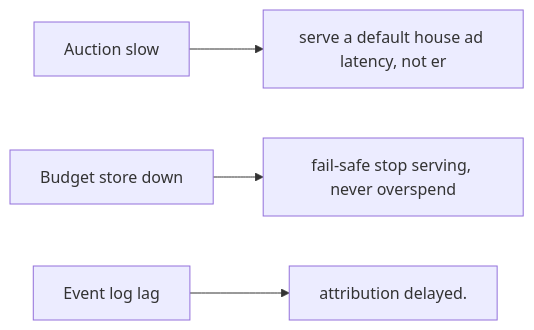
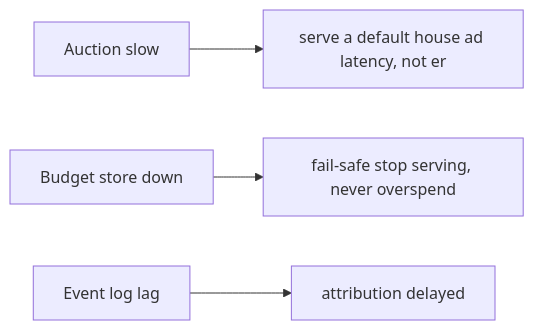
The third of 3 diagrams in case-studies/extreme/advertisement-platform.md (RIT-MESH/system-design-mastery), drawn with Mermaid before and after one commit. The commit also changed other lines of this file and 215 other files, not shown here.

First line of the commit message:
Complete all remaining work: expand case studies, add 13 AI case studies, fix diagrams, status to Complete

````diff
--- a/case-studies/extreme/advertisement-platform.md
+++ b/case-studies/extreme/advertisement-platform.md
@@ -30,13 +36,13 @@
 ```mermaid
 %% created-for: system-design-mastery
 flowchart LR
   C1["Auction slow"]
   R2["serve a default house ad latency, not er"]
   C1 --> R2
   C3["Budget store down"]
   R4["fail-safe stop serving, never overspend"]
   C3 --> R4
   C5["Event log lag"]
-  R6["attribution delayed."]
+  R6["attribution delayed"]
   C5 --> R6
 ```
````
